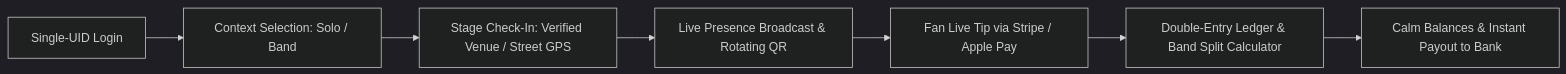
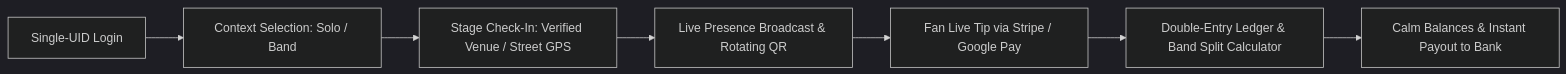
Before and after one commit to range925/crowdbeats: the diagram in docs/architecture/FINAL_CREATOR_STUDIO_PRODUCTION_AUDIT.md, drawn with Mermaid (dark theme). The commit also changed 52 other files, not shown here.

Commit message:
fix(payments): remove apple pay payment method and all mentions across platform

````diff
--- a/docs/architecture/FINAL_CREATOR_STUDIO_PRODUCTION_AUDIT.md
+++ b/docs/architecture/FINAL_CREATOR_STUDIO_PRODUCTION_AUDIT.md
@@ -59,9 +59,9 @@
 ```mermaid
 flowchart LR
     A[Single-UID Login] --> B[Context Selection: Solo / Band]
     B --> C[Stage Check-In: Verified Venue / Street GPS]
     C --> D[Live Presence Broadcast & Rotating QR]
-    D --> E[Fan Live Tip via Stripe / Apple Pay]
+    D --> E[Fan Live Tip via Stripe / Google Pay]
     E --> F[Double-Entry Ledger & Band Split Calculator]
     F --> G[Calm Balances & Instant Payout to Bank]
 ```
````
